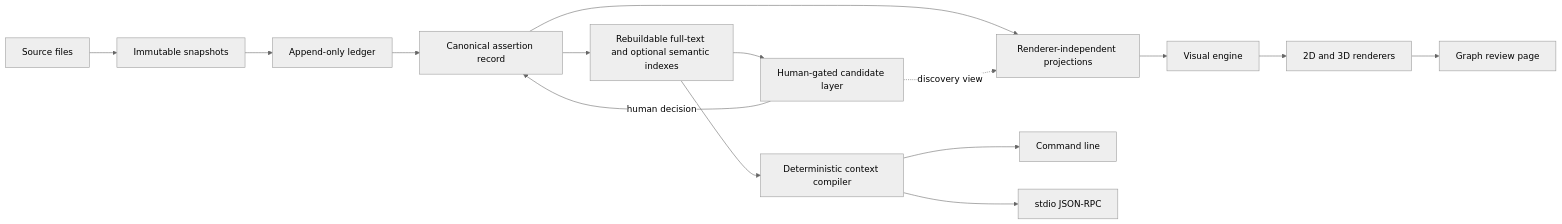
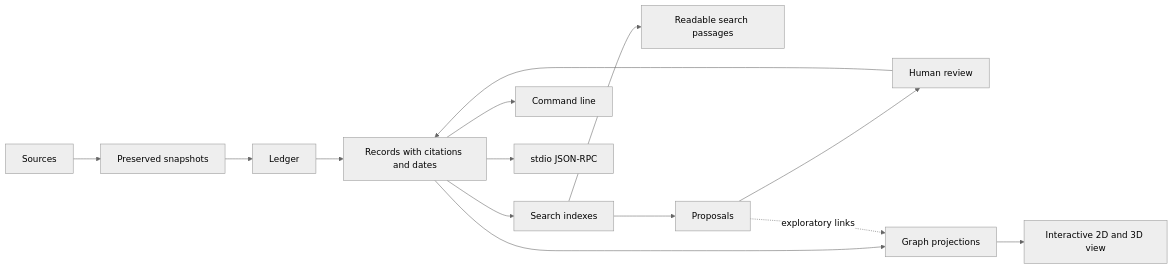
The diagram in README.md (lmguerrini/nous-os), drawn with Mermaid (neutral theme) before and after one commit. The commit also changed other lines of this file and 3 other files, not shown here.

````diff
--- a/README.md
+++ b/README.md
@@ -94,13 +106,12 @@
 ```mermaid
 flowchart LR
-    SRC["Source files"] --> SNAP["Immutable snapshots"] --> LEDGER["Append-only ledger"] --> CANON["Canonical assertion record"]
-    CANON --> IDX["Rebuildable full-text and optional semantic indexes"]
-    IDX --> CAND["Human-gated candidate layer"]
-    CAND -->|"human decision"| CANON
-    IDX --> CC["Deterministic context compiler"]
-    CANON --> PROJ["Renderer-independent projections"]
-    CAND -. "discovery view" .-> PROJ
-    CC --> CLI["Command line"]
-    CC --> RPC["stdio JSON-RPC"]
-    PROJ --> ENGINE["Visual engine"] --> RENDER["2D and 3D renderers"] --> REVIEW["Graph review page"]
+    S[Sources] --> P[Preserved snapshots] --> L[Ledger]
+    L --> R[Records with citations and dates]
+    R --> I[Search indexes] --> Q[Readable search passages]
+    I --> N[Proposals] --> H[Human review]
+    H --> R
+    R --> G[Graph projections] --> V[Interactive 2D and 3D view]
+    N -. exploratory links .-> G
+    R --> C[Command line]
+    R --> J[stdio JSON-RPC]
 ```
````
